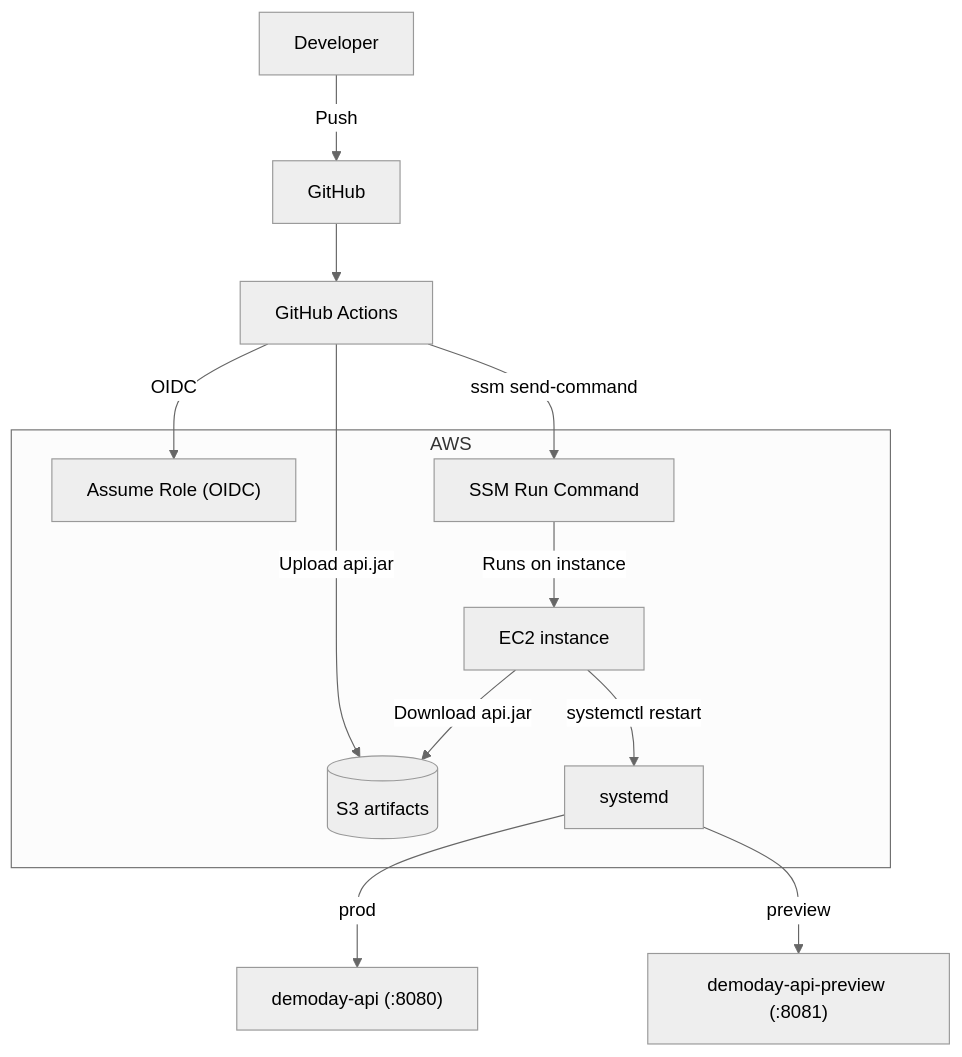
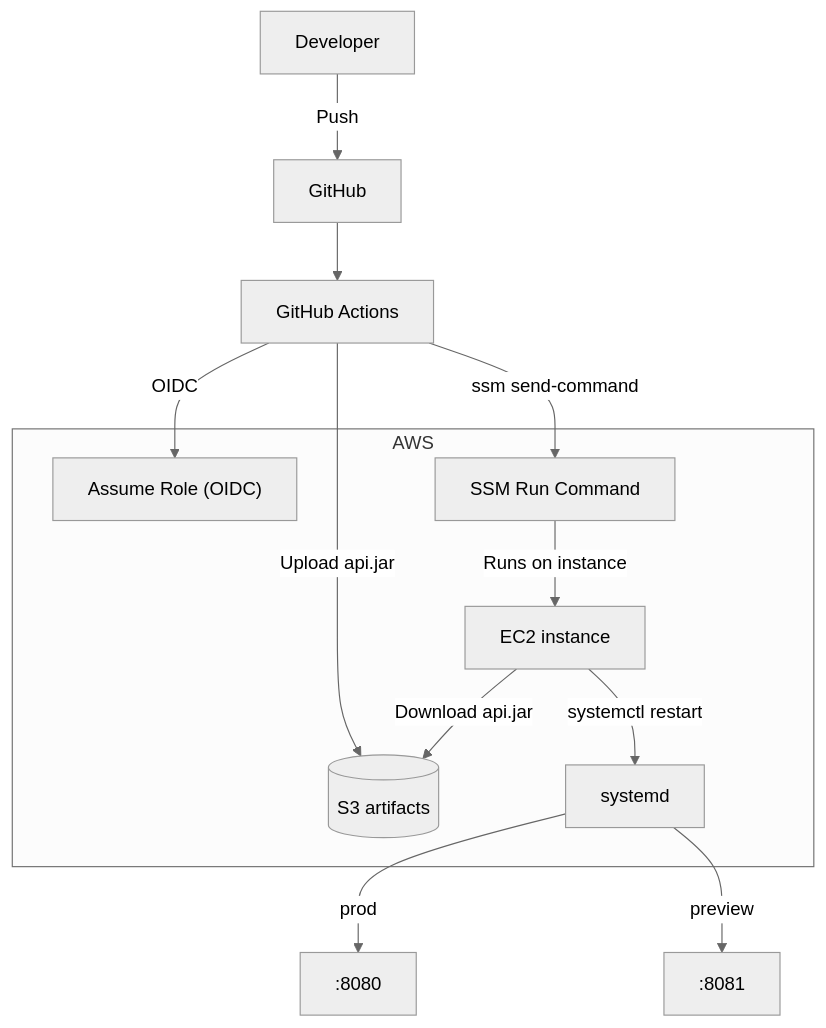
Before and after one commit to maehwasoo/SOPT-37th-DEMODAY: the second of 2 diagrams in README.md, drawn with Mermaid (neutral theme). The commit also changed other lines of this file and 4 other files, not shown here.

````diff
--- a/README.md
+++ b/README.md
@@ -68,23 +50,23 @@
 ```mermaid
 flowchart TB
   Dev["Developer"] -->|Push| GitHub["GitHub"]
   GitHub --> GHA["GitHub Actions"]
 
   subgraph AWS["AWS"]
     IAM["Assume Role (OIDC)"]
     S3[(S3 artifacts)]
     SSM["SSM Run Command"]
     EC2["EC2 instance"]
     Systemd["systemd"]
   end
 
   GHA -->|OIDC| IAM
   GHA -->|Upload api.jar| S3
   GHA -->|ssm send-command| SSM
   SSM -->|Runs on instance| EC2
   EC2 -->|Download api.jar| S3
   EC2 -->|systemctl restart| Systemd
 
-  Systemd -->|prod| APIProd["demoday-api (:8080)"]
-  Systemd -->|preview| APIPreview["demoday-api-preview (:8081)"]
+  Systemd -->|prod| APIProd[":8080"]
+  Systemd -->|preview| APIPreview[":8081"]
 ```
````
